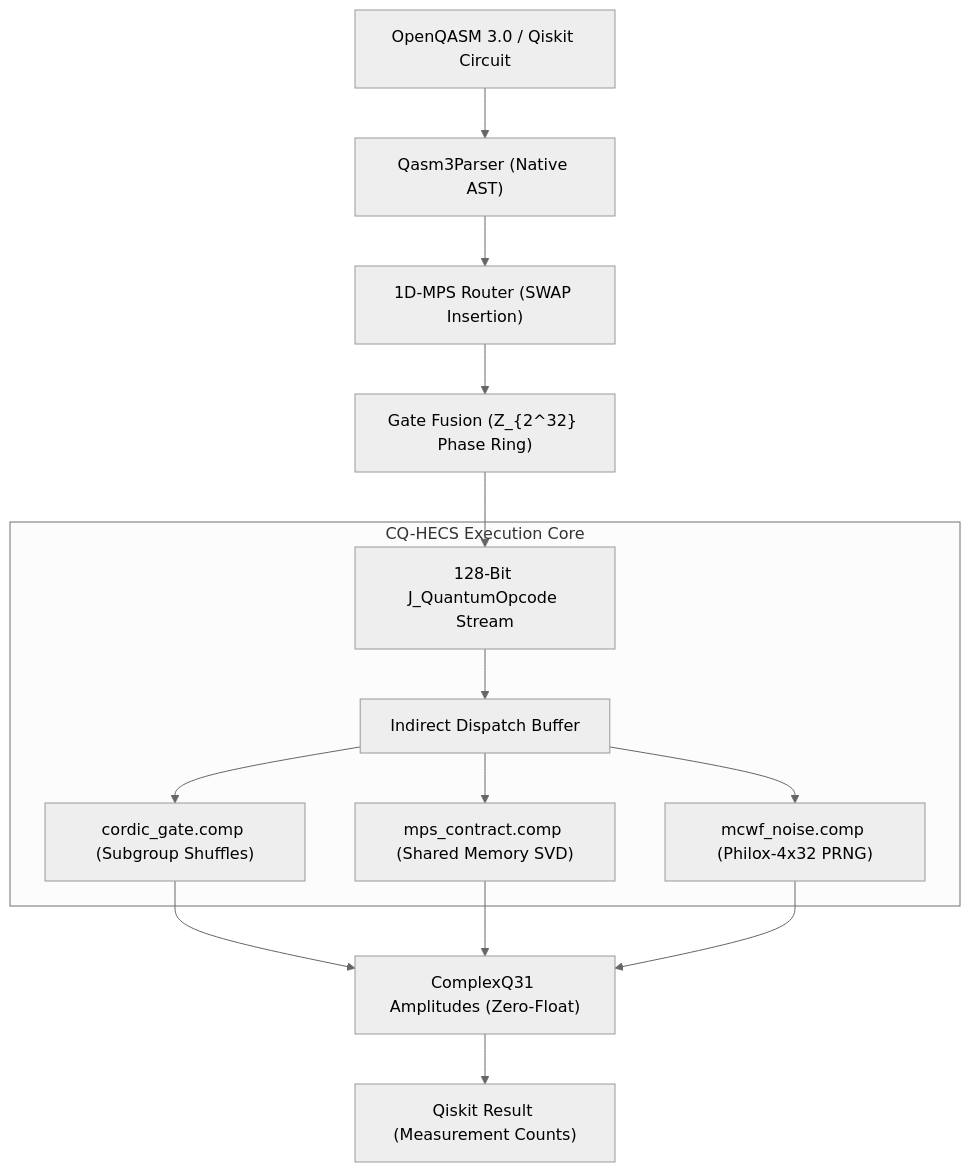
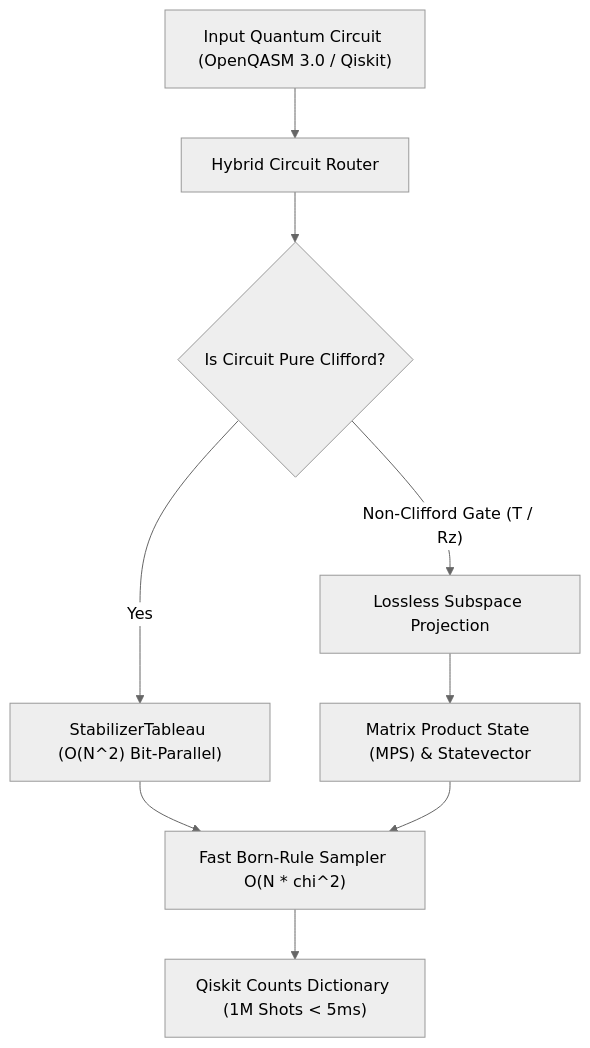
Before and after one commit to timfromhcs/CQ-HECS: the diagram in README.md, drawn with Mermaid (neutral theme). The commit also changed other lines of this file and 26 other files, not shown here.

Commit message:
feat(core): bit-exact Giles-Selinger ring, stabilizer-MPS hybrid, SOTA Qiskit BackendV2 & extreme stress tests

````diff
--- a/README.md
+++ b/README.md
@@ -53,19 +47,11 @@
 ```mermaid
 flowchart TD
-    QASM["OpenQASM 3.0 / Qiskit Circuit"] --> Parser["Qasm3Parser (Native AST)"]
-    Parser --> Router["1D-MPS Router (SWAP Insertion)"]
-    Router --> Fusion["Gate Fusion (Z_{2^32} Phase Ring)"]
-    Fusion --> Bytecode["128-Bit J_QuantumOpcode Stream"]
-    
-    subgraph ENGINE ["CQ-HECS Execution Core"]
-        Bytecode --> Dispatch["Indirect Dispatch Buffer"]
-        Dispatch --> Shader1["cordic_gate.comp (Subgroup Shuffles)"]
-        Dispatch --> Shader2["mps_contract.comp (Shared Memory SVD)"]
-        Dispatch --> Shader3["mcwf_noise.comp (Philox-4x32 PRNG)"]
-    end
-
-    Shader1 --> State["ComplexQ31 Amplitudes (Zero-Float)"]
-    Shader2 --> State
-    Shader3 --> State
-    State --> Counts["Qiskit Result (Measurement Counts)"]
+    Circuit["Input Quantum Circuit (OpenQASM 3.0 / Qiskit)"] --> Router["Hybrid Circuit Router"]
+    Router --> Check{"Is Circuit Pure Clifford?"}
+    Check -- Yes --> Tableau["StabilizerTableau (O(N^2) Bit-Parallel)"]
+    Check -- Non-Clifford Gate (T / Rz) --> Branch["Lossless Subspace Projection"]
+    Branch --> MPS["Matrix Product State (MPS) & Statevector"]
+    Tableau --> FastSample["Fast Born-Rule Sampler O(N * chi^2)"]
+    MPS --> FastSample
+    FastSample --> Counts["Qiskit Counts Dictionary (1M Shots < 5ms)"]
 ```
````
